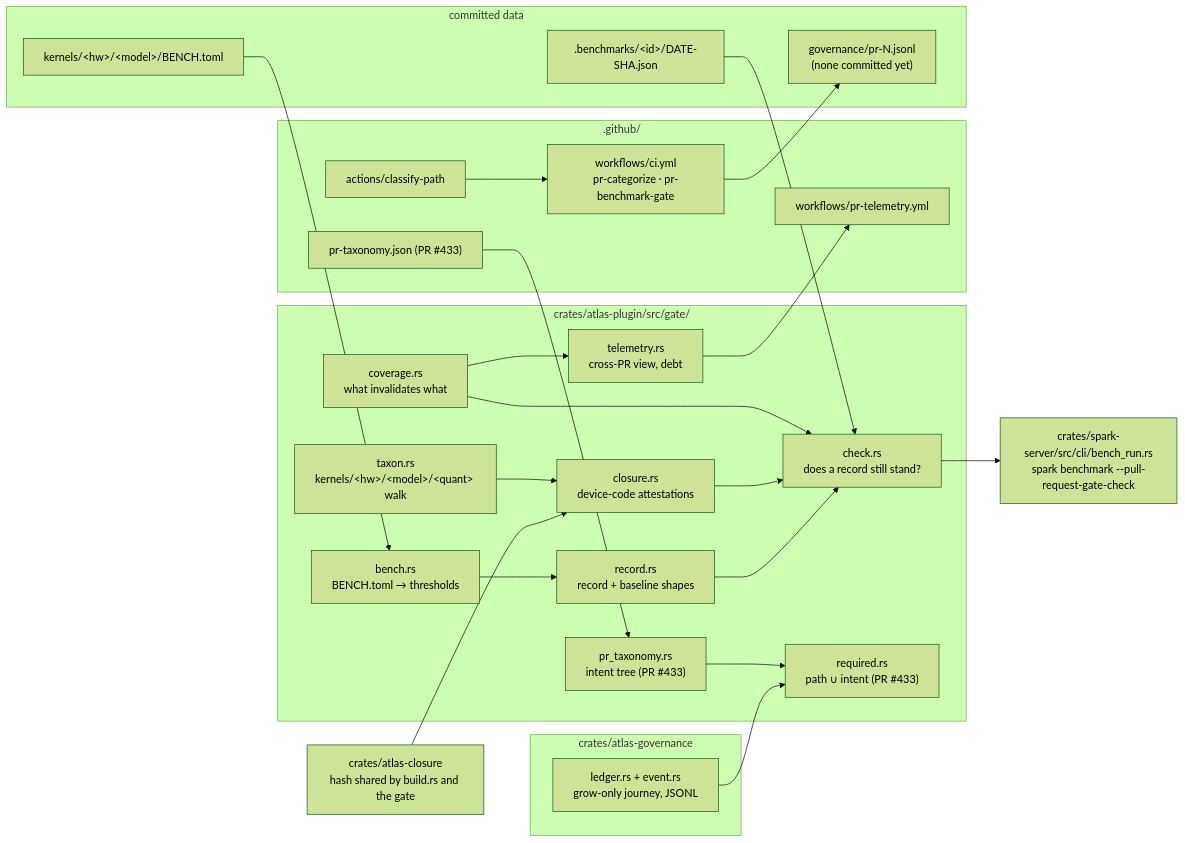
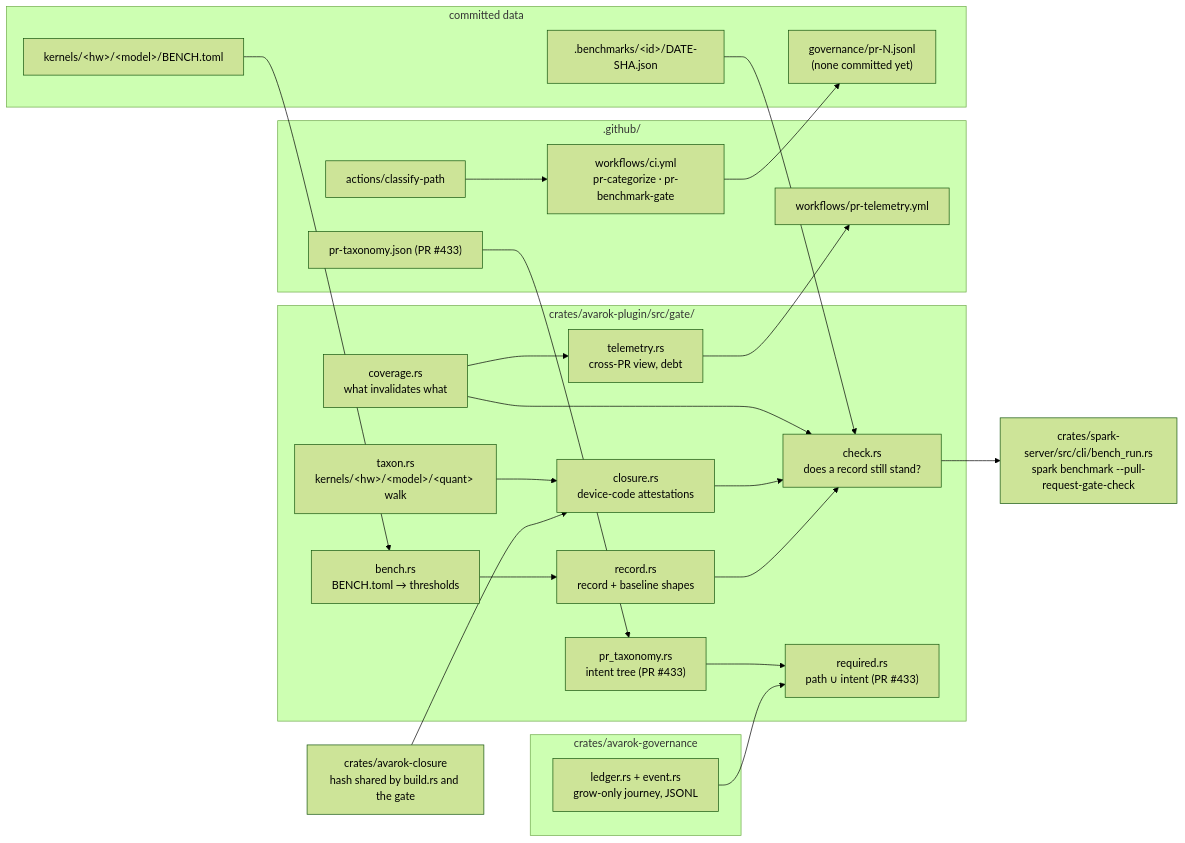
One commit to Avarok-Cybersecurity/atlas changed the second of 5 diagrams in AI_REPOSITORY.md. Above: the diagram before and after it, drawn with Mermaid (forest theme). The commit also changed other lines of this file and 2589 other files, not shown here.

First line of the commit message:
rebrand: crates, cfg, env, and code identifiers Atlas to Avarok

````diff
--- a/AI_REPOSITORY.md
+++ b/AI_REPOSITORY.md
@@ -103,43 +103,43 @@
 ```mermaid
 flowchart LR
-    subgraph plugin ["crates/atlas-plugin/src/gate/"]
+    subgraph plugin ["crates/avarok-plugin/src/gate/"]
         COV["coverage.rs\nwhat invalidates what"]
         TAX["taxon.rs\nkernels/&lt;hw&gt;/&lt;model&gt;/&lt;quant&gt; walk"]
         CLO["closure.rs\ndevice-code attestations"]
         CHK["check.rs\ndoes a record still stand?"]
         REC["record.rs\nrecord + baseline shapes"]
         BEN["bench.rs\nBENCH.toml → thresholds"]
         PTX["pr_taxonomy.rs\nintent tree (PR #433)"]
         REQ["required.rs\npath ∪ intent (PR #433)"]
         TEL["telemetry.rs\ncross-PR view, debt"]
     end
-    subgraph gov ["crates/atlas-governance"]
+    subgraph gov ["crates/avarok-governance"]
         LED["ledger.rs + event.rs\ngrow-only journey, JSONL"]
     end
     subgraph gh [".github/"]
         TJ["pr-taxonomy.json (PR #433)"]
         CAT["actions/classify-path"]
         CIW["workflows/ci.yml\npr-categorize · pr-benchmark-gate"]
         PTW["workflows/pr-telemetry.yml"]
     end
     subgraph data ["committed data"]
         BM[".benchmarks/&lt;id&gt;/DATE-SHA.json"]
         BT["kernels/&lt;hw&gt;/&lt;model&gt;/BENCH.toml"]
         GV["governance/pr-N.jsonl\n(none committed yet)"]
     end
     CLI["crates/spark-server/src/cli/bench_run.rs\nspark benchmark --pull-request-gate-check"]
-    ACL["crates/atlas-closure\nhash shared by build.rs and the gate"]
+    ACL["crates/avarok-closure\nhash shared by build.rs and the gate"]
 
     TJ --> PTX --> REQ
     COV --> CHK
     TAX --> CLO --> CHK
     ACL --> CLO
     REC --> CHK
     BEN --> REC
     BM --> CHK
     BT --> BEN
     CAT --> CIW --> GV
     LED --> REQ
     CHK --> CLI
     COV --> TEL --> PTW
 ```
````
